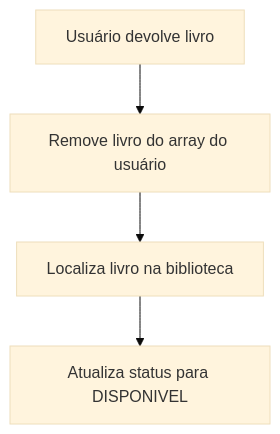
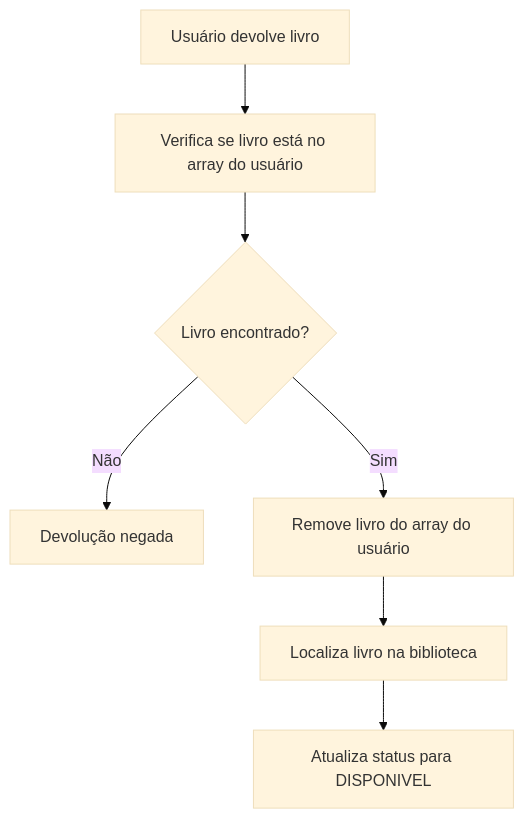
One commit to alevir-dev/library-management-system changed the second of 2 diagrams in README.md. Above: the diagram before and after it, drawn with Mermaid (base theme). The commit also changed other lines of this file, not shown here.

````diff
--- a/README.md
+++ b/README.md
@@ -144,7 +144,10 @@
 ```mermaid
 flowchart TD
     A[Usuário devolve livro]
-    --> B[Remove livro do array do usuário]
-    B --> C[Localiza livro na biblioteca]
-    C --> D[Atualiza status para DISPONIVEL]
+    --> B[Verifica se livro está no array do usuário]
+    B --> C{Livro encontrado?}
+    C -- Não --> D[Devolução negada]
+    C -- Sim --> E[Remove livro do array do usuário]
+    E --> F[Localiza livro na biblioteca]
+    F --> G[Atualiza status para DISPONIVEL]
 ```
````
